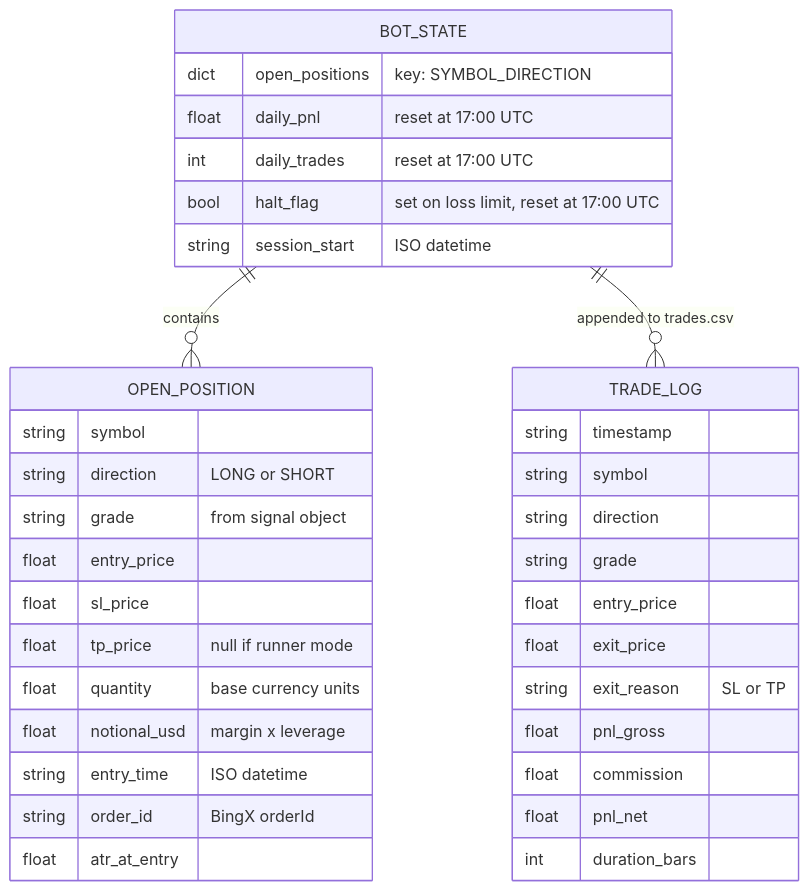
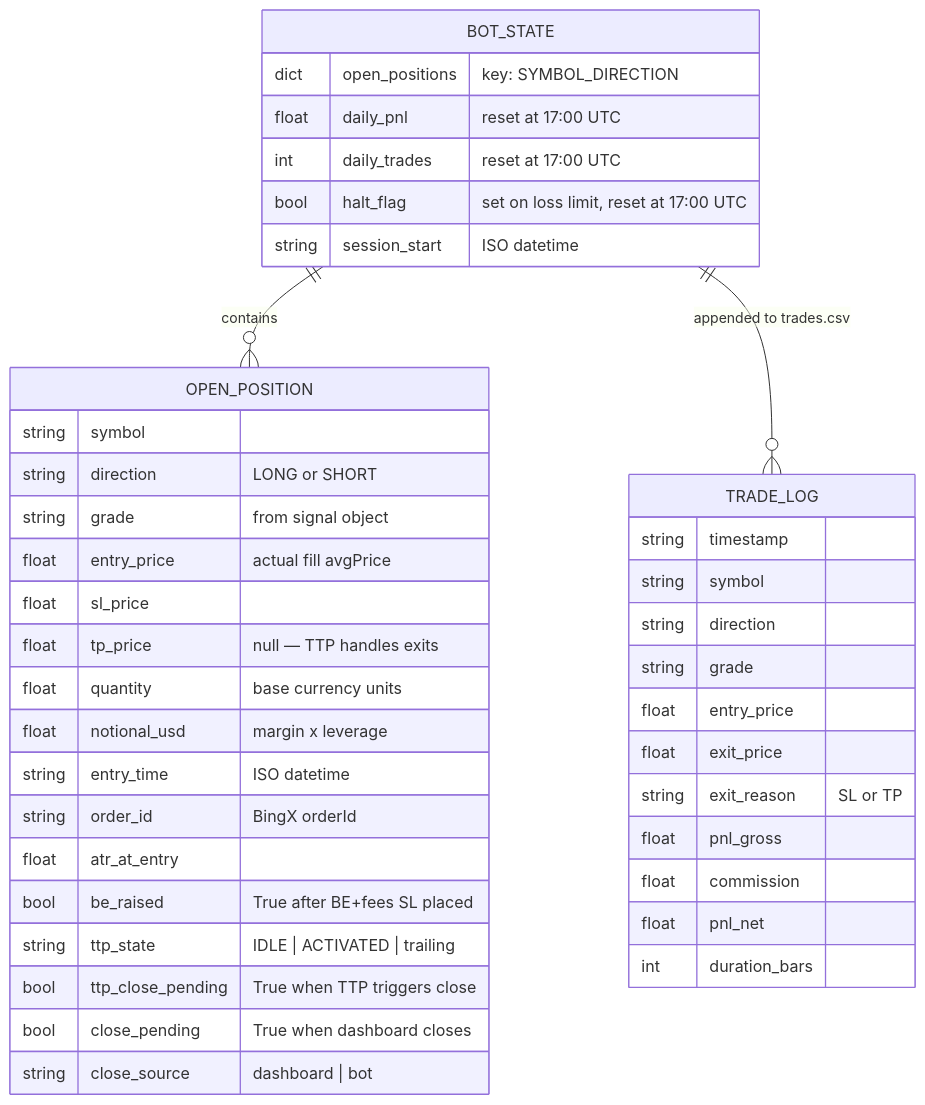
One commit to S23Web3/Vault changed the seventh of 8 diagrams in PROJECTS/four-pillars-backtester/docs/BINGX-CONNECTOR-UML.md. Above: the diagram before and after it, drawn with Mermaid. The commit also changed other lines of this file and 245 other files, not shown here.

````diff
--- a/PROJECTS/four-pillars-backtester/docs/BINGX-CONNECTOR-UML.md
+++ b/PROJECTS/four-pillars-backtester/docs/BINGX-CONNECTOR-UML.md
@@ -294,41 +358,46 @@
 ```mermaid
 erDiagram
     BOT_STATE {
         dict   open_positions   "key: SYMBOL_DIRECTION"
         float  daily_pnl        "reset at 17:00 UTC"
         int    daily_trades     "reset at 17:00 UTC"
         bool   halt_flag        "set on loss limit, reset at 17:00 UTC"
         string session_start    "ISO datetime"
     }
 
     OPEN_POSITION {
         string symbol
         string direction        "LONG or SHORT"
         string grade            "from signal object"
-        float  entry_price
+        float  entry_price      "actual fill avgPrice"
         float  sl_price
-        float  tp_price         "null if runner mode"
+        float  tp_price         "null — TTP handles exits"
         float  quantity         "base currency units"
         float  notional_usd     "margin x leverage"
         string entry_time       "ISO datetime"
         string order_id         "BingX orderId"
         float  atr_at_entry
+        bool   be_raised        "True after BE+fees SL placed"
+        string ttp_state        "IDLE | ACTIVATED | trailing"
+        bool   ttp_close_pending "True when TTP triggers close"
+        bool   close_pending    "True when dashboard closes"
+        string close_source     "dashboard | bot"
     }
 
     TRADE_LOG {
         string timestamp
         string symbol
         string direction
         string grade
         float  entry_price
         float  exit_price
         string exit_reason      "SL or TP"
         float  pnl_gross
         float  commission
         float  pnl_net
         int    duration_bars
     }
 
     BOT_STATE ||--o{ OPEN_POSITION : "contains"
     BOT_STATE ||--o{ TRADE_LOG : "appended to trades.csv"
 ```
````
